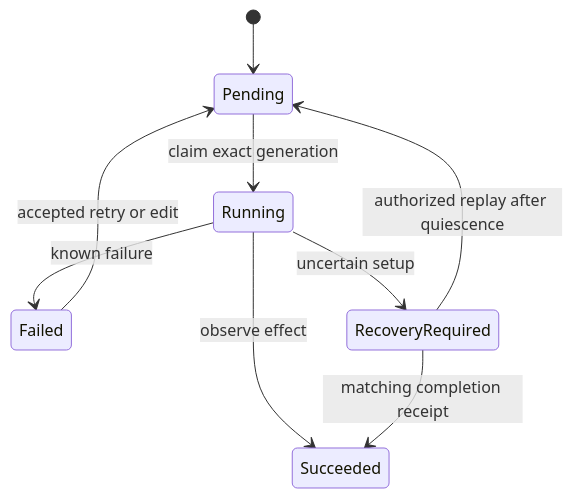
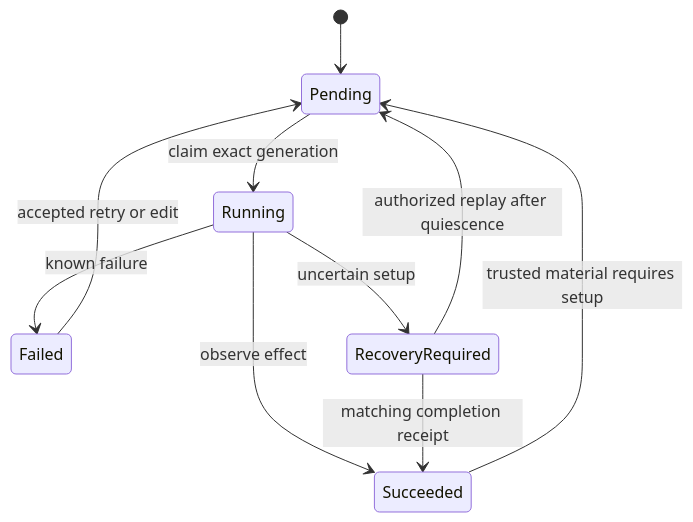
The first of 2 diagrams in docs/system-analytics/project-dependency-installation.md (maister-dev/maister), drawn with Mermaid before and after one commit. The commit also changed other lines of this file and 67 other files, not shown here.

Commit message:
fix(dependencies): fence installation, trusted setup and reviewed publication

````diff
--- a/docs/system-analytics/project-dependency-installation.md
+++ b/docs/system-analytics/project-dependency-installation.md
@@ -19,11 +20,12 @@
 ```mermaid
 stateDiagram-v2
     [*] --> Pending
     Pending --> Running: claim exact generation
     Running --> Succeeded: observe effect
     Running --> Failed: known failure
     Running --> RecoveryRequired: uncertain setup
+    Succeeded --> Pending: trusted material requires setup
     Failed --> Pending: accepted retry or edit
     RecoveryRequired --> Succeeded: matching completion receipt
     RecoveryRequired --> Pending: authorized replay after quiescence
 ```
````
